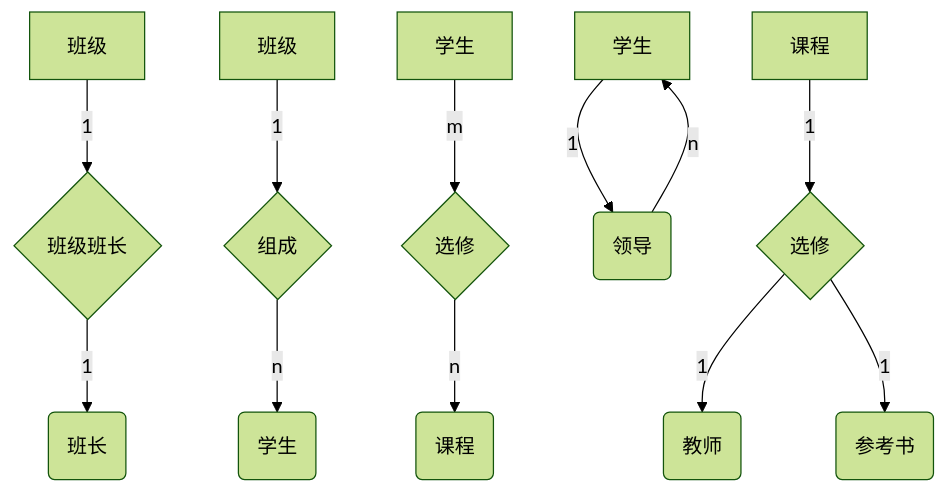
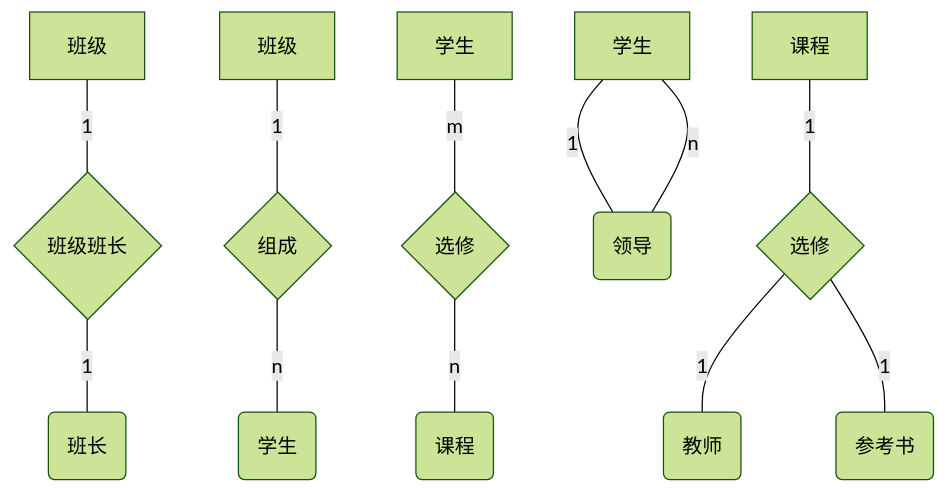
The second of 2 diagrams in README.md (forget-eve/Database-Basics), drawn with Mermaid (forest theme) before and after one commit.

````diff
--- a/README.md
+++ b/README.md
@@ -125,14 +125,14 @@
 ```mermaid
 graph TD
-A[班级] -->|1| B{班级班长}
-B -->|1| C(班长)
-D[班级] -->|1| E{组成}
-E -->|n| F(学生)
-G[学生] -->|m| H{选修}
-H -->|n| I(课程)
-J[学生] -->|1| K(领导)
-K -->|n| J
-L[课程] -->|1| M{选修}
-M -->|1| N(教师)
-M -->|1| O(参考书)
+A[班级] ---|1| B{班级班长}
+B ---|1| C(班长)
+D[班级] ---|1| E{组成}
+E ---|n| F(学生)
+G[学生] ---|m| H{选修}
+H ---|n| I(课程)
+J[学生] ---|1| K(领导)
+K ---|n| J
+L[课程] ---|1| M{选修}
+M ---|1| N(教师)
+M ---|1| O(参考书)
 ```
````
